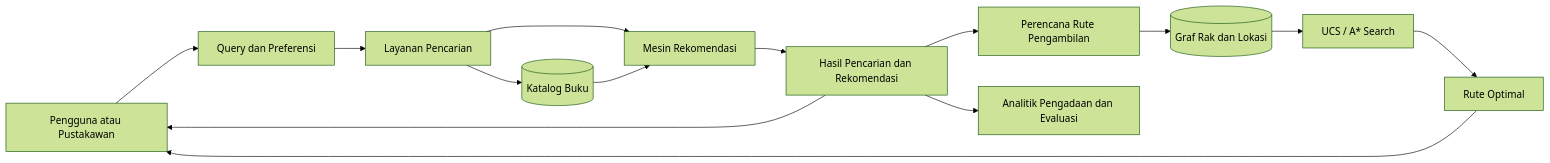
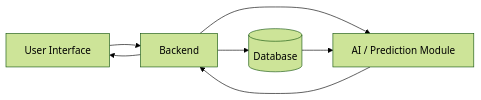
One commit to GriseldaHutahaean/smartbiz-ai changed the second of 2 diagrams in README.md. Above: the diagram before and after it, drawn with Mermaid (forest theme). The commit also changed other lines of this file and 1 other file, not shown here.

````diff
--- a/README.md
+++ b/README.md
@@ -95,16 +117,9 @@
 ```mermaid
 flowchart LR
-    U[Pengguna atau Pustakawan] --> Q[Query dan Preferensi]
-    Q --> S[Layanan Pencarian]
-    S --> C[(Katalog Buku)]
-    S --> R[Mesin Rekomendasi]
-    C --> R
-    R --> O[Hasil Pencarian dan Rekomendasi]
-    O --> U
-    O --> P[Perencana Rute Pengambilan]
-    P --> G[(Graf Rak dan Lokasi)]
-    G --> A[UCS / A* Search]
-    A --> T[Rute Optimal]
-    T --> U
-    O --> D[Analitik Pengadaan dan Evaluasi]
+    U[User Interface] --> B[Backend]
+    B --> DB[(Database)]
+    B --> A[AI / Prediction Module]
+    DB --> A
+    A --> B
+    B --> U
 ```
````
